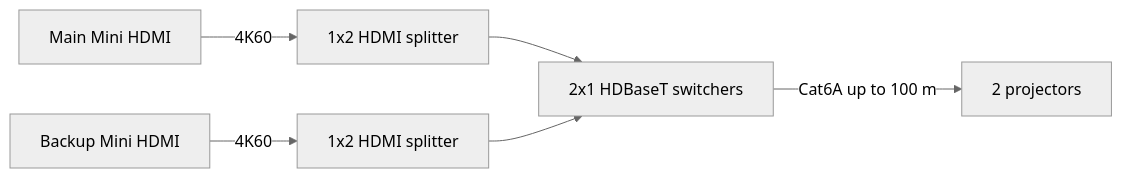
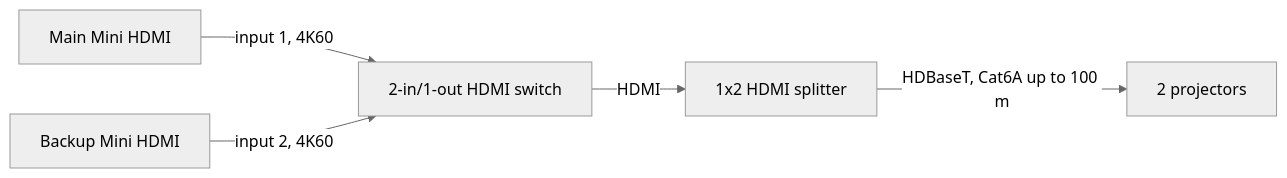
Before and after one commit to kemckai/efc-playback-rig: the diagram in docs/video-projectors.md, drawn with Mermaid (neutral theme). The commit also changed other lines of this file and 7 other files, not shown here.

First line of the commit message:
Route both projectors through one HDMI failover switch

````diff
--- a/docs/video-projectors.md
+++ b/docs/video-projectors.md
@@ -25,8 +26,7 @@
 ```mermaid
 flowchart LR
-  MM[Main Mini HDMI] -- "4K60" --> SPL1[1x2 HDMI splitter]
-  BM[Backup Mini HDMI] -- "4K60" --> SPL2[1x2 HDMI splitter]
-  SPL1 --> VSW[2x1 HDBaseT switchers]
-  SPL2 --> VSW
-  VSW -- "Cat6A up to 100 m" --> PROJ[2 projectors]
+  MM[Main Mini HDMI] -- "input 1, 4K60" --> HSV[2-in/1-out HDMI switch]
+  BM[Backup Mini HDMI] -- "input 2, 4K60" --> HSV
+  HSV -- HDMI --> SPL[1x2 HDMI splitter]
+  SPL -- "HDBaseT, Cat6A up to 100 m" --> PROJ[2 projectors]
 ```
````
